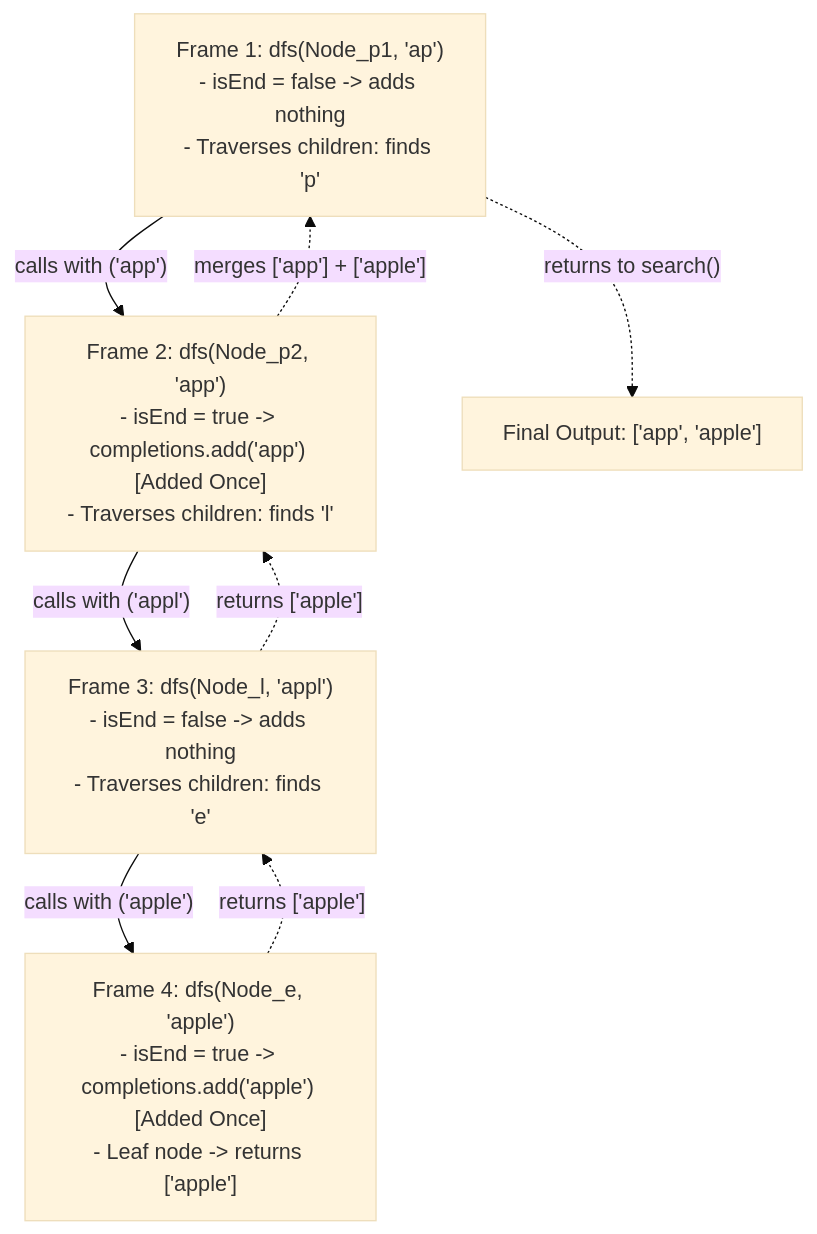
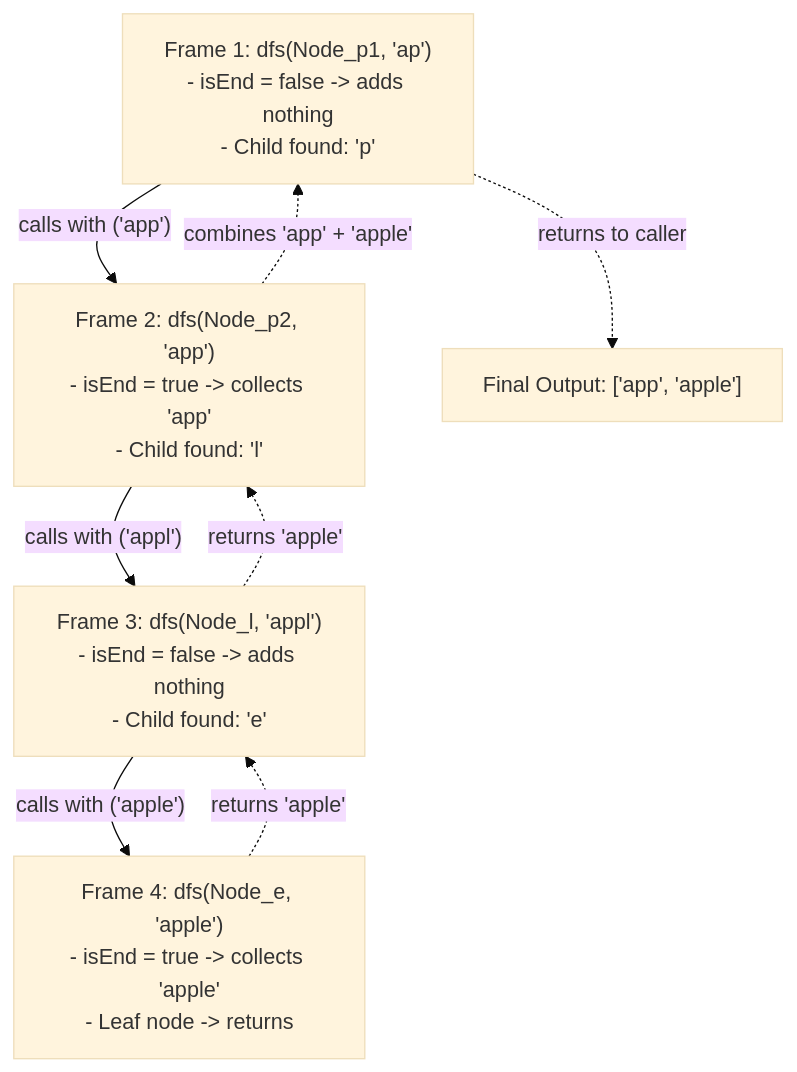
Before and after one commit to JyotimoyKashyap/system-design-labs: the second of 6 diagrams in apps/web/src/content/lld/search-auto-complete.md, drawn with Mermaid (base theme). The commit also changed other lines of this file and 3 other files, not shown here.

````diff
--- a/apps/web/src/content/lld/search-auto-complete.md
+++ b/apps/web/src/content/lld/search-auto-complete.md
@@ -165,17 +175,17 @@
 ```mermaid
 flowchart TD
-    Frame1["Frame 1: dfs(Node_p1, 'ap')<br/>- isEnd = false -> adds nothing<br/>- Traverses children: finds 'p'"]
-    Frame2["Frame 2: dfs(Node_p2, 'app')<br/>- isEnd = true -> completions.add('app') [Added Once]<br/>- Traverses children: finds 'l'"]
-    Frame3["Frame 3: dfs(Node_l, 'appl')<br/>- isEnd = false -> adds nothing<br/>- Traverses children: finds 'e'"]
-    Frame4["Frame 4: dfs(Node_e, 'apple')<br/>- isEnd = true -> completions.add('apple') [Added Once]<br/>- Leaf node -> returns ['apple']"]
+    Frame1["Frame 1: dfs(Node_p1, 'ap')<br/>- isEnd = false -> adds nothing<br/>- Child found: 'p'"]
+    Frame2["Frame 2: dfs(Node_p2, 'app')<br/>- isEnd = true -> collects 'app'<br/>- Child found: 'l'"]
+    Frame3["Frame 3: dfs(Node_l, 'appl')<br/>- isEnd = false -> adds nothing<br/>- Child found: 'e'"]
+    Frame4["Frame 4: dfs(Node_e, 'apple')<br/>- isEnd = true -> collects 'apple'<br/>- Leaf node -> returns"]
     SearchReturn["Final Output: ['app', 'apple']"]
 
     Frame1 -->|"calls with ('app')"| Frame2
     Frame2 -->|"calls with ('appl')"| Frame3
     Frame3 -->|"calls with ('apple')"| Frame4
 
-    Frame4 -.->|"returns ['apple']"| Frame3
-    Frame3 -.->|"returns ['apple']"| Frame2
-    Frame2 -.->|"merges ['app'] + ['apple']"| Frame1
-    Frame1 -.->|"returns to search()"| SearchReturn
+    Frame4 -.->|"returns 'apple'"| Frame3
+    Frame3 -.->|"returns 'apple'"| Frame2
+    Frame2 -.->|"combines 'app' + 'apple'"| Frame1
+    Frame1 -.->|"returns to caller"| SearchReturn
 ```
````
